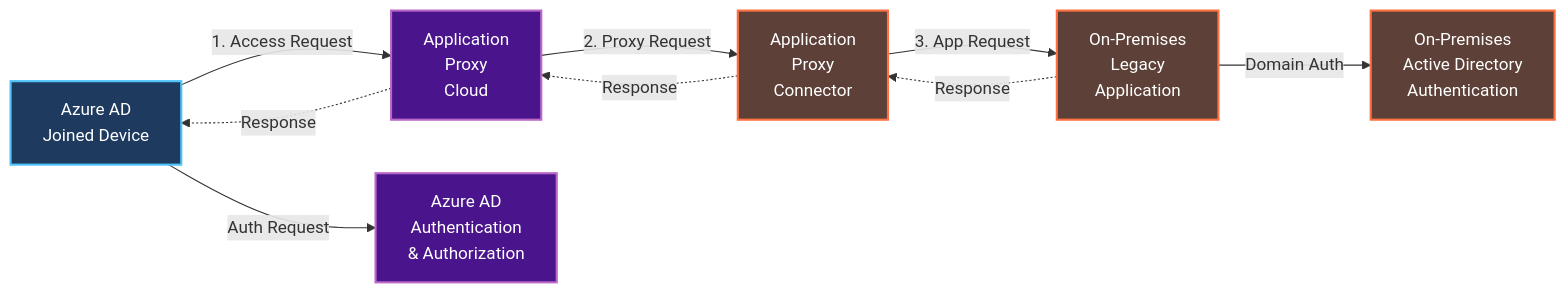
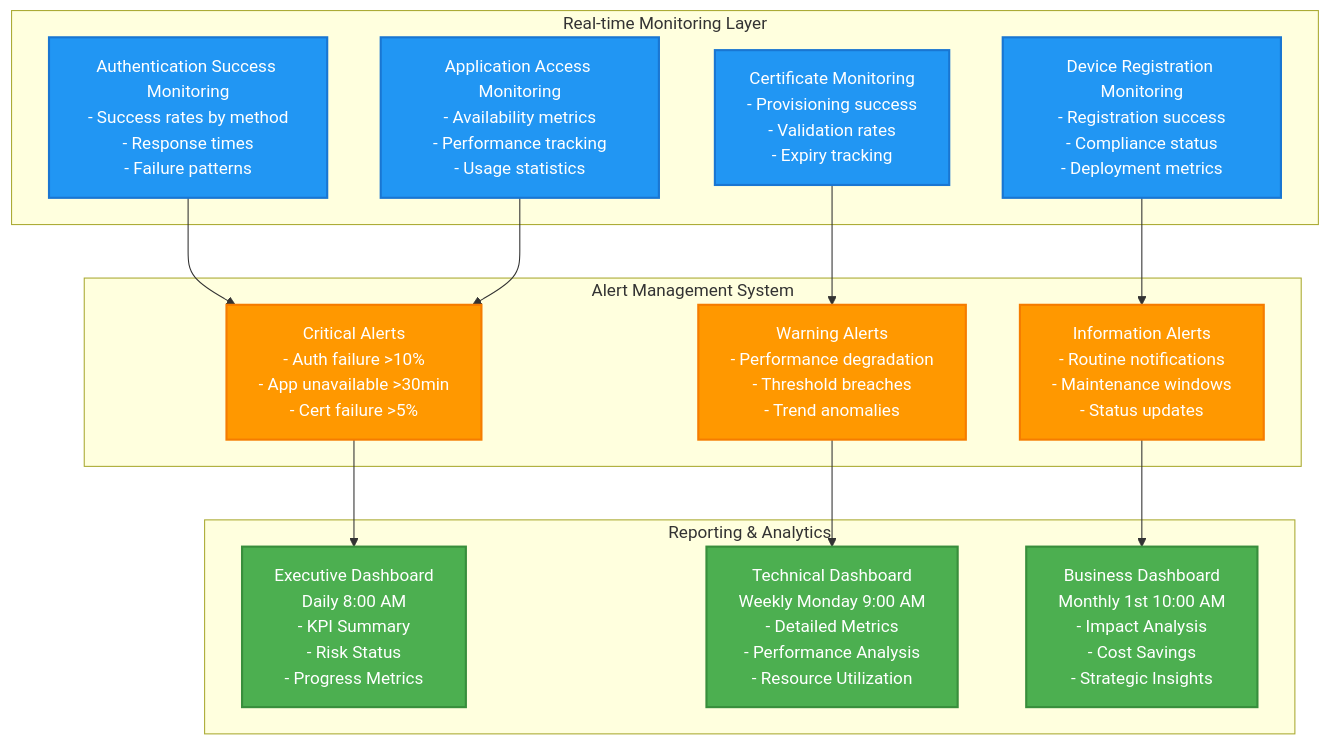
The ninth of 10 diagrams in Autopilot/cloud-migration/Microsoft-Autopilot-Cloud-Migration-Framework-2025.md (antyg/public-docs), drawn with Mermaid before and after one commit. The commit also changed other lines of this file and 8 other files, not shown here.

First line of the commit message:
Update Autopilot documentation with comprehensive visual diagrams and fixes

````diff
--- a/Autopilot/cloud-migration/Microsoft-Autopilot-Cloud-Migration-Framework-2025.md
+++ b/Autopilot/cloud-migration/Microsoft-Autopilot-Cloud-Migration-Framework-2025.md
@@ -1118,36 +444,38 @@
 ```mermaid
-flowchart LR
-    %% Main flow components
-    Device[Azure AD<br/>Joined Device]
-    AppProxyCloud[Application<br/>Proxy<br/>Cloud]
-    AppProxyConnector[Application<br/>Proxy<br/>Connector]
-    LegacyApp[On-Premises<br/>Legacy<br/>Application]
-    
-    %% Authentication components
-    AzureAuth[Azure AD<br/>Authentication<br/>& Authorization]
-    OnPremAuth[On-Premises<br/>Active Directory<br/>Authentication]
-    
-    %% Main data flow
-    Device -->|1. Access Request| AppProxyCloud
-    AppProxyCloud -->|2. Proxy Request| AppProxyConnector
-    AppProxyConnector -->|3. App Request| LegacyApp
-    
-    %% Authentication flows
-    Device -->|Auth Request| AzureAuth
-    LegacyApp -->|Domain Auth| OnPremAuth
-    
-    %% Return flows
-    LegacyApp -.->|Response| AppProxyConnector
-    AppProxyConnector -.->|Response| AppProxyCloud
-    AppProxyCloud -.->|Response| Device
-    
-    %% Styling for dark mode
-    classDef device fill:#1e3a5f,stroke:#4fc3f7,stroke-width:2px,color:#ffffff
-    classDef cloud fill:#4a148c,stroke:#ba68c8,stroke-width:2px,color:#ffffff
-    classDef onprem fill:#5d4037,stroke:#ff7043,stroke-width:2px,color:#ffffff
-    classDef auth fill:#2e4e1f,stroke:#8bc34a,stroke-width:2px,color:#ffffff
-    
-    class Device device
-    class AppProxyCloud,AzureAuth cloud
-    class AppProxyConnector,LegacyApp,OnPremAuth onprem
+flowchart TB
+    subgraph "Real-time Monitoring Layer"
+        AuthMon[Authentication Success Monitoring<br/>- Success rates by method<br/>- Response times<br/>- Failure patterns]
+        AppMon[Application Access Monitoring<br/>- Availability metrics<br/>- Performance tracking<br/>- Usage statistics]
+        CertMon[Certificate Monitoring<br/>- Provisioning success<br/>- Validation rates<br/>- Expiry tracking]
+        DeviceMon[Device Registration Monitoring<br/>- Registration success<br/>- Compliance status<br/>- Deployment metrics]
+    end
+
+    subgraph "Alert Management System"
+        CriticalAlerts[Critical Alerts<br/>- Auth failure >10%<br/>- App unavailable >30min<br/>- Cert failure >5%]
+        WarningAlerts[Warning Alerts<br/>- Performance degradation<br/>- Threshold breaches<br/>- Trend anomalies]
+        InfoAlerts[Information Alerts<br/>- Routine notifications<br/>- Maintenance windows<br/>- Status updates]
+    end
+
+    subgraph "Reporting & Analytics"
+        ExecDash[Executive Dashboard<br/>Daily 8:00 AM<br/>- KPI Summary<br/>- Risk Status<br/>- Progress Metrics]
+        TechDash[Technical Dashboard<br/>Weekly Monday 9:00 AM<br/>- Detailed Metrics<br/>- Performance Analysis<br/>- Resource Utilization]
+        BusinessDash[Business Dashboard<br/>Monthly 1st 10:00 AM<br/>- Impact Analysis<br/>- Cost Savings<br/>- Strategic Insights]
+    end
+
+    AuthMon --> CriticalAlerts
+    AppMon --> CriticalAlerts
+    CertMon --> WarningAlerts
+    DeviceMon --> InfoAlerts
+
+    CriticalAlerts --> ExecDash
+    WarningAlerts --> TechDash
+    InfoAlerts --> BusinessDash
+
+    classDef monitoring fill:#2196f3,stroke:#1976d2,stroke-width:2px,color:#ffffff
+    classDef alerts fill:#ff9800,stroke:#f57c00,stroke-width:2px,color:#ffffff
+    classDef reports fill:#4caf50,stroke:#388e3c,stroke-width:2px,color:#ffffff
+
+    class AuthMon,AppMon,CertMon,DeviceMon monitoring
+    class CriticalAlerts,WarningAlerts,InfoAlerts alerts
+    class ExecDash,TechDash,BusinessDash reports
 ```
````
